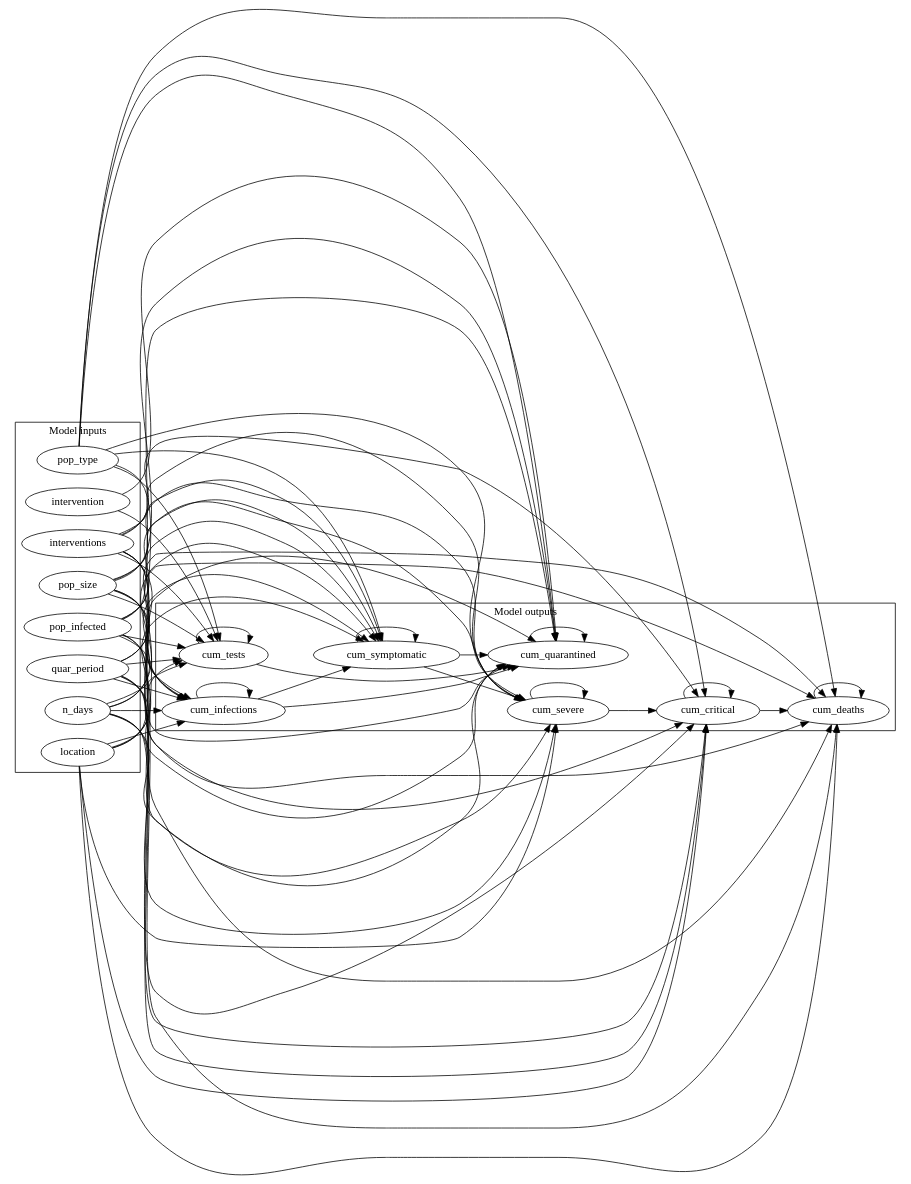
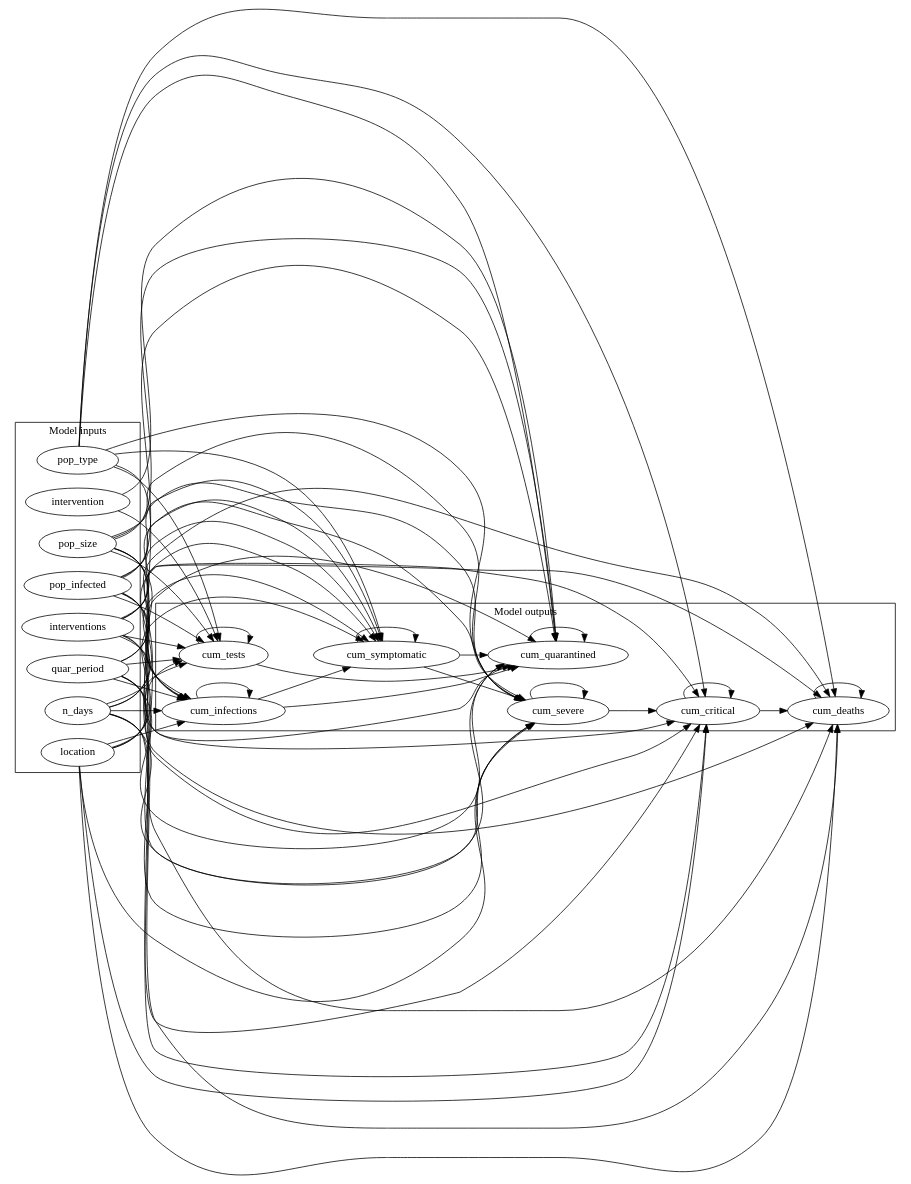
One commit to CITCOM-project/causcumber changed the diagram in scenarios/compare_interventions/dags/compare-interventions-basic.dot. Above: the diagram before and after it, drawn with Graphviz. The commit also changed other lines of this file and 5 other files, not shown here.

```diff
--- a/scenarios/compare_interventions/dags/compare-interventions-basic.dot
+++ b/scenarios/compare_interventions/dags/compare-interventions-basic.dot
@@ -1,91 +1,91 @@
 digraph "" {
 	graph [newrank=True,
 		rankdir=LR
 	];
-	subgraph cluster_outputs {
-		graph [label="Model outputs"];
-		cum_tests;
-		cum_quarantined;
-		cum_infections;
-		cum_symptomatic;
-		cum_severe;
-		cum_critical;
-		cum_deaths;
-	}
 	subgraph cluster_inputs {
 		graph [label="Model inputs"];
 		quar_period;
 		n_days;
 		pop_type;
 		pop_size;
 		pop_infected;
 		location;
 		interventions;
 		intervention;
+	}
+	subgraph cluster_outputs {
+		graph [label="Model outputs"];
+		cum_tests;
+		cum_quarantined;
+		cum_infections;
+		cum_symptomatic;
+		cum_severe;
+		cum_critical;
+		cum_deaths;
 	}
 	quar_period -> cum_tests;
 	quar_period -> cum_quarantined;
 	quar_period -> cum_infections;
 	quar_period -> cum_symptomatic;
 	quar_period -> cum_severe;
 	quar_period -> cum_critical;
 	quar_period -> cum_deaths;
 	n_days -> cum_tests;
 	n_days -> cum_quarantined;
 	n_days -> cum_infections;
 	n_days -> cum_symptomatic;
 	n_days -> cum_severe;
 	n_days -> cum_critical;
 	n_days -> cum_deaths;
 	pop_type -> cum_tests;
 	pop_type -> cum_quarantined;
 	pop_type -> cum_infections;
 	pop_type -> cum_symptomatic;
 	pop_type -> cum_severe;
 	pop_type -> cum_critical;
 	pop_type -> cum_deaths;
 	pop_size -> cum_tests;
 	pop_size -> cum_quarantined;
 	pop_size -> cum_infections;
 	pop_size -> cum_symptomatic;
 	pop_size -> cum_severe;
 	pop_size -> cum_critical;
 	pop_size -> cum_deaths;
 	pop_infected -> cum_tests;
 	pop_infected -> cum_quarantined;
 	pop_infected -> cum_infections;
 	pop_infected -> cum_symptomatic;
 	pop_infected -> cum_severe;
 	pop_infected -> cum_critical;
 	pop_infected -> cum_deaths;
 	location -> cum_tests;
 	location -> cum_quarantined;
 	location -> cum_infections;
 	location -> cum_symptomatic;
 	location -> cum_severe;
 	location -> cum_critical;
 	location -> cum_deaths;
 	interventions -> cum_tests;
 	interventions -> cum_quarantined;
 	interventions -> cum_infections;
 	interventions -> cum_symptomatic;
 	interventions -> cum_severe;
 	interventions -> cum_critical;
 	interventions -> cum_deaths;
 	intervention -> cum_tests;
 	intervention -> cum_quarantined;
 	cum_tests -> cum_tests;
 	cum_tests -> cum_quarantined;
 	cum_quarantined -> cum_quarantined;
 	cum_infections -> cum_quarantined;
 	cum_infections -> cum_infections;
 	cum_infections -> cum_symptomatic;
 	cum_symptomatic -> cum_quarantined;
 	cum_symptomatic -> cum_symptomatic;
 	cum_symptomatic -> cum_severe;
 	cum_severe -> cum_severe;
 	cum_severe -> cum_critical;
 	cum_critical -> cum_critical;
 	cum_critical -> cum_deaths;
 	cum_deaths -> cum_deaths;
 }
```
